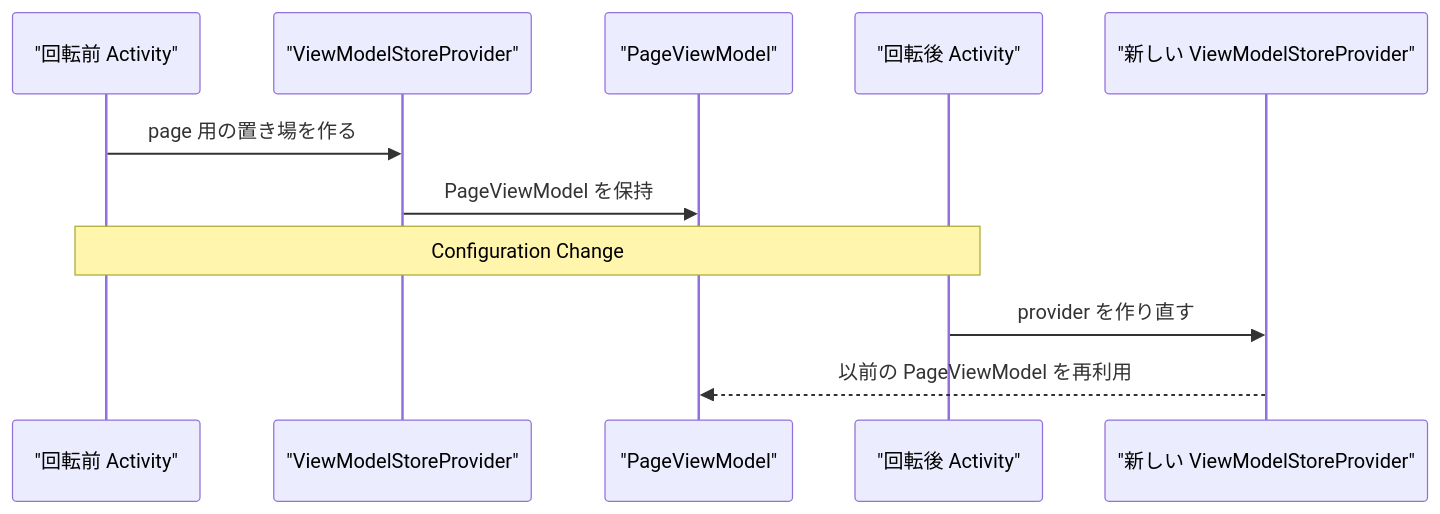
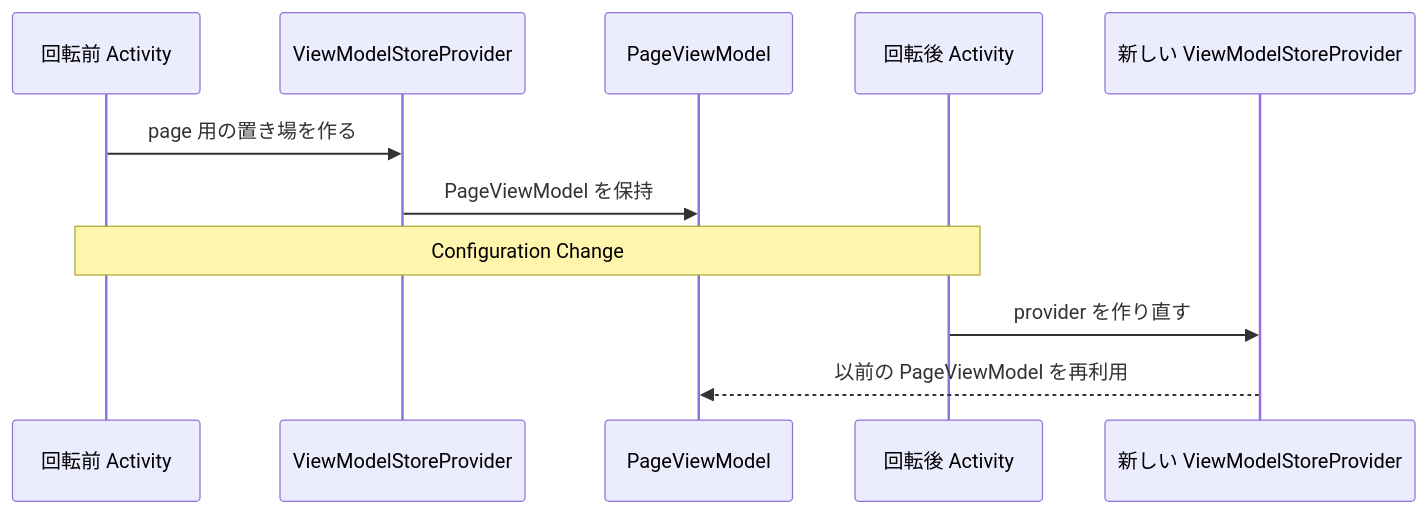
Before and after one commit to mikanIchinose/zenn-docs: the third of 3 diagrams in articles/b09f3f36f24ba8.md, drawn with Mermaid. The commit also changed other lines of this file and 1 other file, not shown here.

First line of the commit message:
docs(viewmodel): ViewModelStore/ViewModelStoreOwner の解説記事を公開

````diff
--- a/articles/b09f3f36f24ba8.md
+++ b/articles/b09f3f36f24ba8.md
@@ -230,16 +240,16 @@
 ```mermaid
 sequenceDiagram
-    participant A1 as "回転前 Activity"
-    participant P1 as "ViewModelStoreProvider"
-    participant VM as "PageViewModel"
-    participant A2 as "回転後 Activity"
-    participant P2 as "新しい ViewModelStoreProvider"
+    participant A1 as 回転前 Activity
+    participant P1 as ViewModelStoreProvider
+    participant VM as PageViewModel
+    participant A2 as 回転後 Activity
+    participant P2 as 新しい ViewModelStoreProvider
 
     A1->>P1: page 用の置き場を作る
     P1->>VM: PageViewModel を保持
 
     Note over A1,A2: Configuration Change
 
     A2->>P2: provider を作り直す
     P2-->>VM: 以前の PageViewModel を再利用
 ```
````
